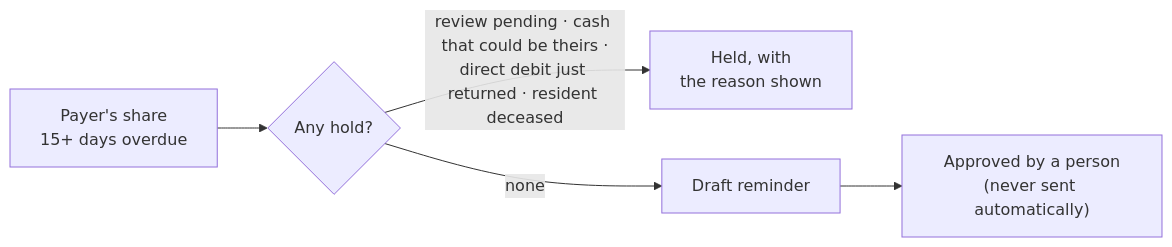
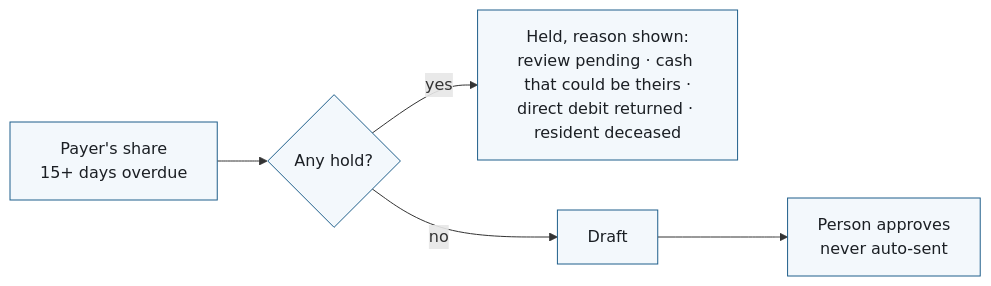
The third of 4 diagrams in README.md (amithkm9/reconcile), drawn with Mermaid before and after one commit. The commit also changed other lines of this file, not shown here.

Commit message:
Unify README diagram colors

````diff
--- a/README.md
+++ b/README.md
@@ -96,6 +97,7 @@
 ```mermaid
 flowchart LR
     O["Payer's share<br/>15+ days overdue"] --> H{"Any hold?"}
-    H -- "review pending · cash that could be theirs ·<br/>direct debit just returned · resident deceased" --> W["Held, with<br/>the reason shown"]
-    H -- none --> D["Draft reminder"] --> P["Approved by a person<br/>(never sent automatically)"]
+    H -- yes --> W["Held, reason shown:<br/>review pending · cash that could be theirs ·<br/>direct debit returned · resident deceased"]
+    H -- no --> D["Draft"] --> P["Person approves<br/>never auto-sent"]
+    classDef default fill:#f3f8fc,stroke:#1f5f8b,color:#1b1f24
 ```
````
